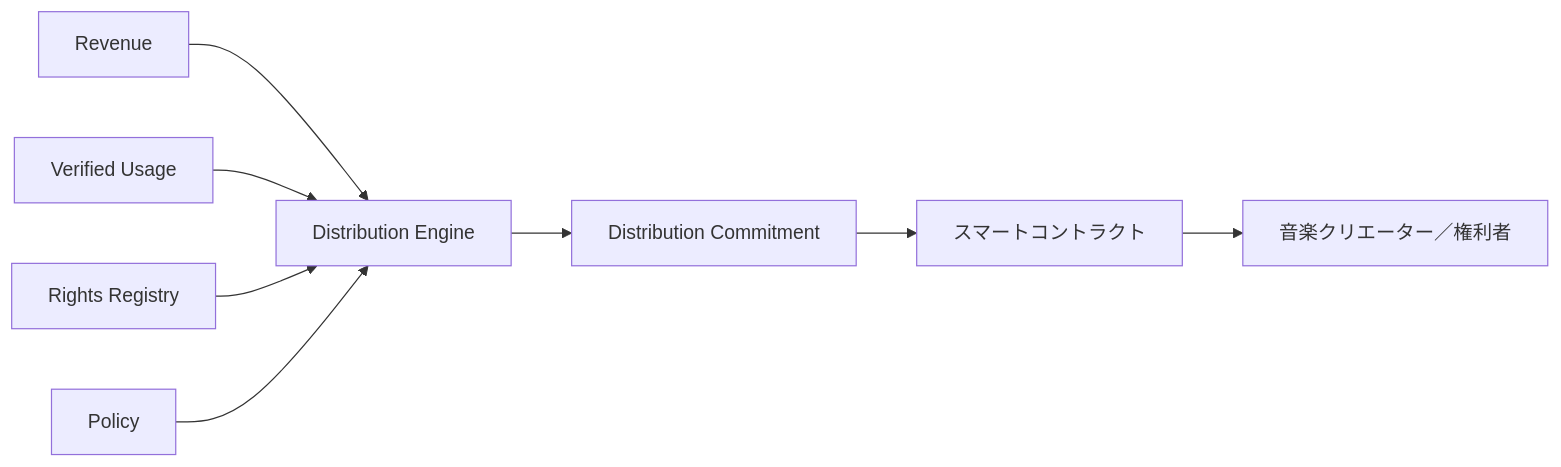
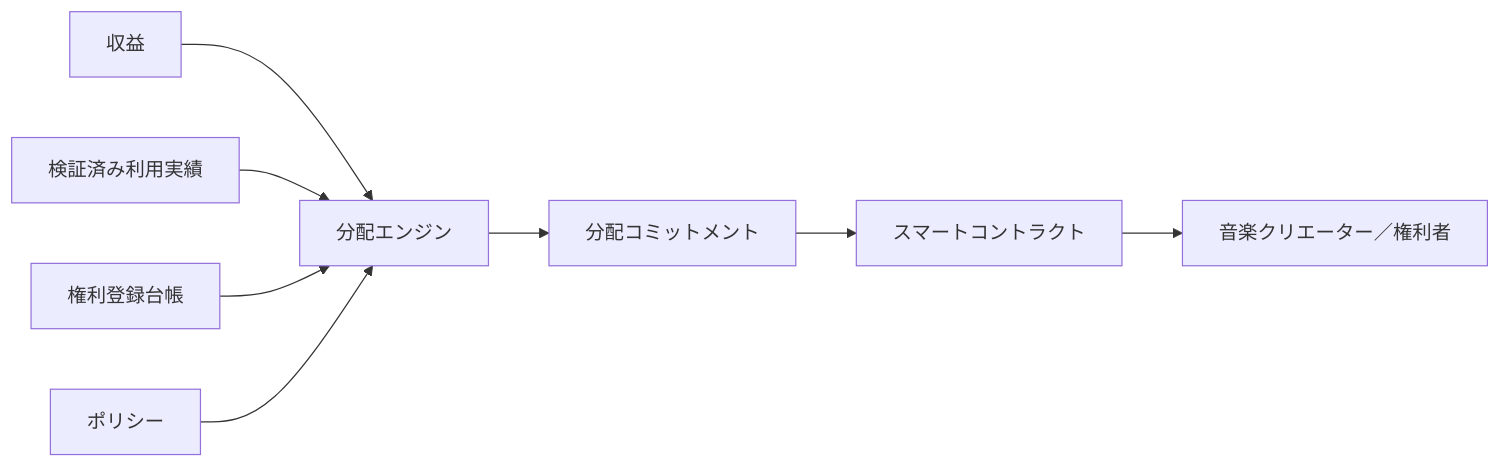
Before and after one commit to ShigeichiroYamasaki/creator-first-platform: the fifth of 5 diagrams in docs/adr/ADR-0004-creator-distribution-model.md, drawn with Mermaid. The commit also changed other lines of this file and 72 other files, not shown here.

````diff
--- a/docs/adr/ADR-0004-creator-distribution-model.md
+++ b/docs/adr/ADR-0004-creator-distribution-model.md
@@ -610,17 +610,17 @@
 ```mermaid
 flowchart LR
-    REV[Revenue]
-    USAGE[Verified Usage]
-    RIGHTS[Rights Registry]
-    POLICY[Policy]
-    ENGINE[Distribution Engine]
-    ROOT[Distribution Commitment]
+    REV[収益]
+    USAGE[検証済み利用実績]
+    RIGHTS[権利登録台帳]
+    POLICY[ポリシー]
+    ENGINE[分配エンジン]
+    ROOT[分配コミットメント]
     CONTRACT[スマートコントラクト]
     CREATOR[音楽クリエーター／権利者]
 
     REV --> ENGINE
     USAGE --> ENGINE
     RIGHTS --> ENGINE
     POLICY --> ENGINE
     ENGINE --> ROOT --> CONTRACT --> CREATOR
 ```
````
